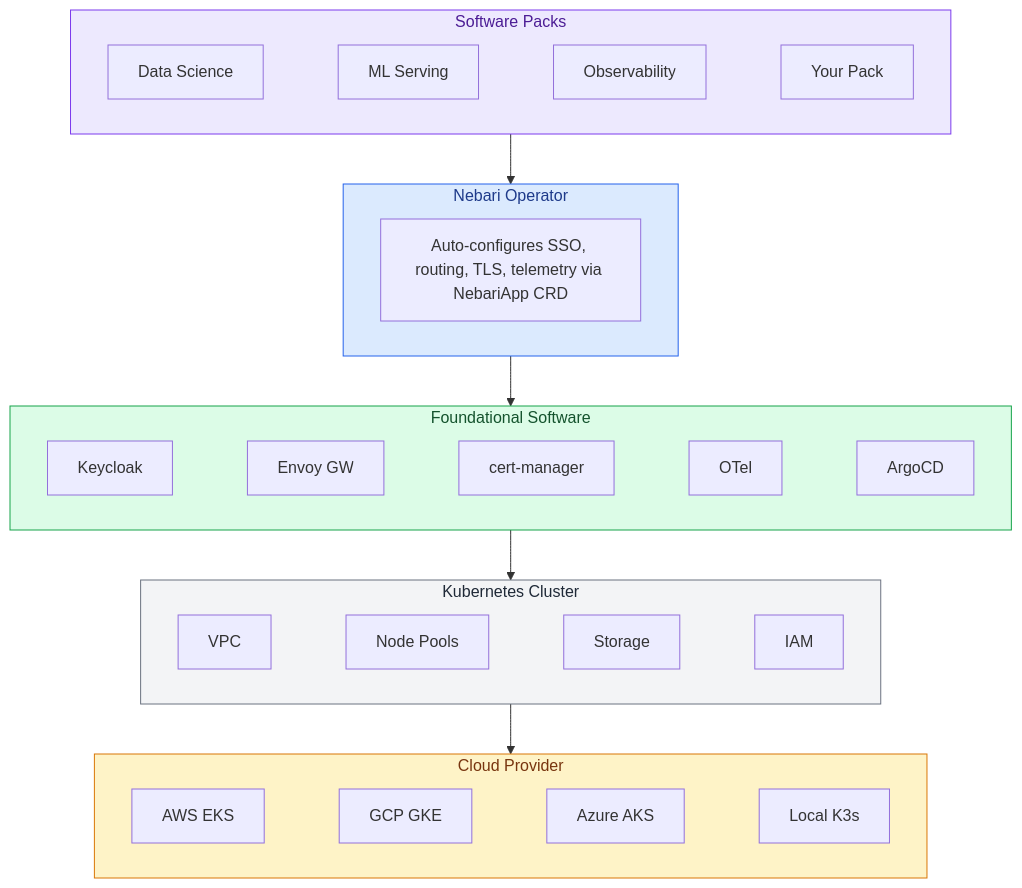
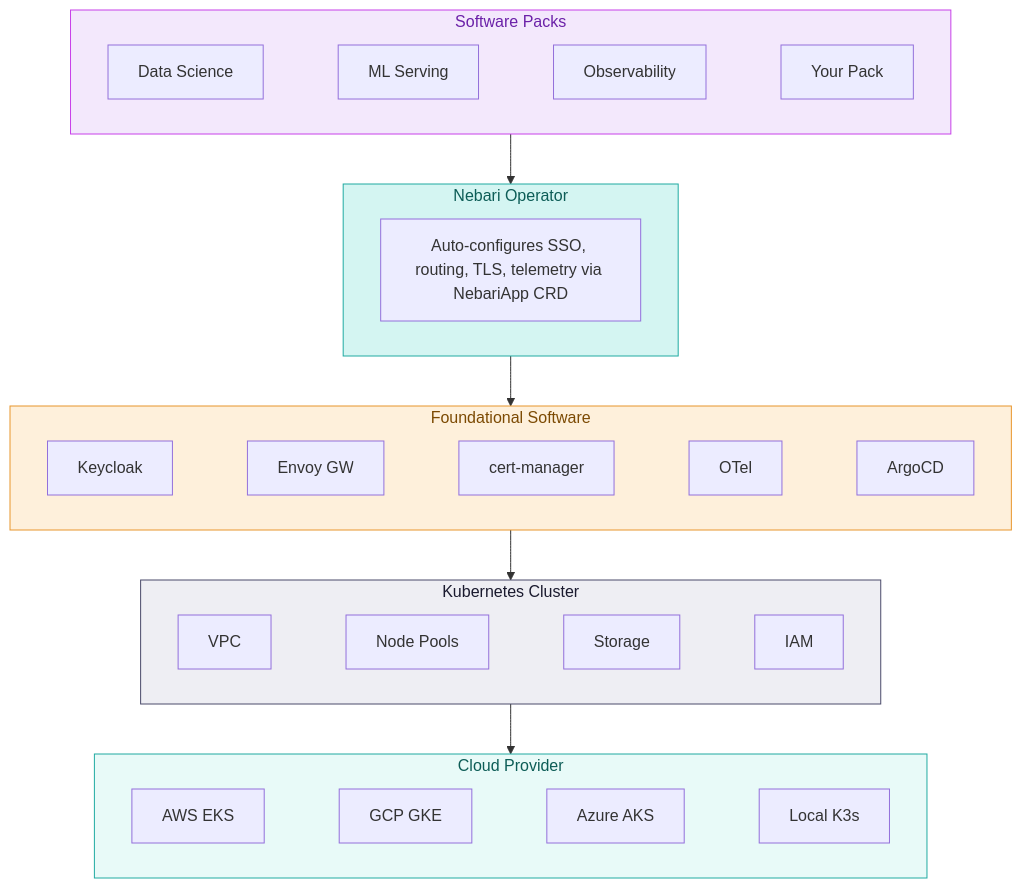
Before and after one commit to nebari-dev/nebari-infrastructure-core: the diagram in README.md, drawn with Mermaid.

Commit message:
Use Nebari brand colors for architecture diagram

````diff
--- a/README.md
+++ b/README.md
@@ -55,34 +55,34 @@
 ```mermaid
 flowchart TD
   subgraph SP["Software Packs"]
     direction LR
     ds["Data Science"] ~~~ ml["ML Serving"] ~~~ obs["Observability"] ~~~ custom["Your Pack"]
   end
 
   subgraph NO["Nebari Operator"]
     op["Auto-configures SSO, routing, TLS, telemetry via NebariApp CRD"]
   end
 
   subgraph FS["Foundational Software"]
     direction LR
     kc["Keycloak"] ~~~ eg["Envoy GW"] ~~~ cm["cert-manager"] ~~~ ot["OTel"] ~~~ ac["ArgoCD"]
   end
 
   subgraph K8["Kubernetes Cluster"]
     direction LR
     vpc["VPC"] ~~~ np["Node Pools"] ~~~ st["Storage"] ~~~ iam["IAM"]
   end
 
   subgraph CP["Cloud Provider"]
     direction LR
     aws["AWS EKS"] ~~~ gcp["GCP GKE"] ~~~ az["Azure AKS"] ~~~ k3s["Local K3s"]
   end
 
   SP --> NO --> FS --> K8 --> CP
 
-  style SP fill:#ede9fe,stroke:#7c3aed,color:#4c1d95
-  style NO fill:#dbeafe,stroke:#2563eb,color:#1e3a8a
-  style FS fill:#dcfce7,stroke:#16a34a,color:#14532d
-  style K8 fill:#f3f4f6,stroke:#6b7280,color:#1f2937
-  style CP fill:#fef3c7,stroke:#d97706,color:#78350f
+  style SP fill:#f3e8fc,stroke:#c840e9,color:#6b21a8
+  style NO fill:#d4f5f2,stroke:#20aaa1,color:#0d5d57
+  style FS fill:#fef0db,stroke:#e8952c,color:#7c4a03
+  style K8 fill:#eeeef3,stroke:#4a4a6a,color:#1a1a2e
+  style CP fill:#e8faf8,stroke:#20aaa1,color:#0d5d57
 ```
````
